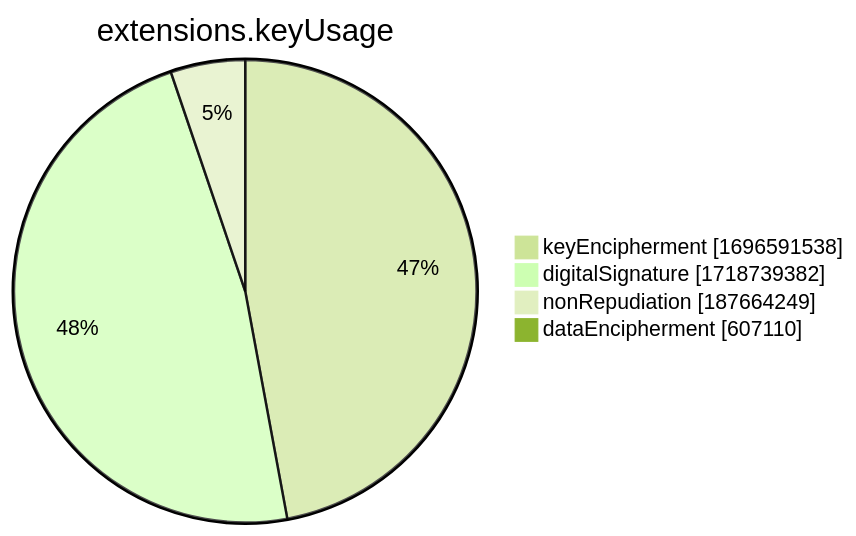
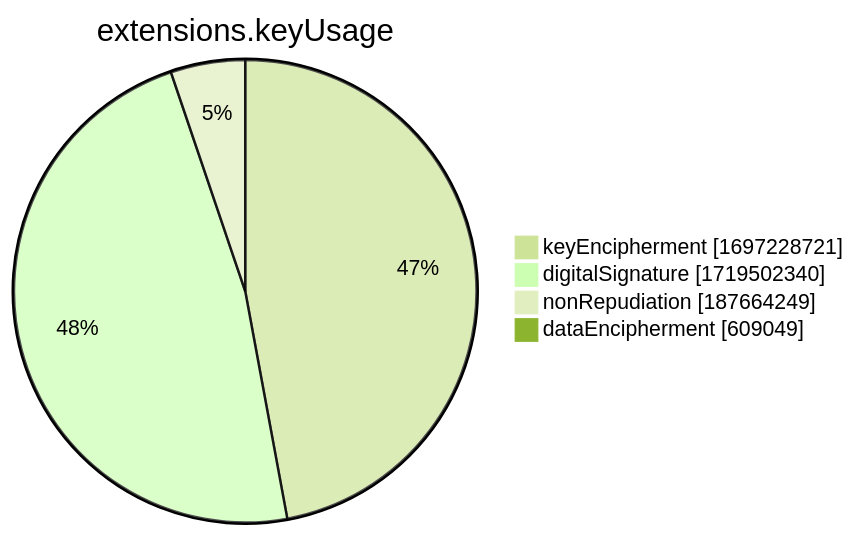
Before and after one commit to christiankrug/ctmonitor_visualization: the seventh of 15 diagrams in xenon2022/README.md, drawn with Mermaid (forest theme). The commit also changed other lines of this file, not shown here.

````diff
--- a/xenon2022/README.md
+++ b/xenon2022/README.md
@@ -2858,8 +2858,8 @@
 ```mermaid
 pie showData
 title extensions.keyUsage
-"keyEncipherment" :1696591538
-"digitalSignature" :1718739382
+"keyEncipherment" :1697228721
+"digitalSignature" :1719502340
 "nonRepudiation" :187664249
-"dataEncipherment" :607110
+"dataEncipherment" :609049
 ```
````
